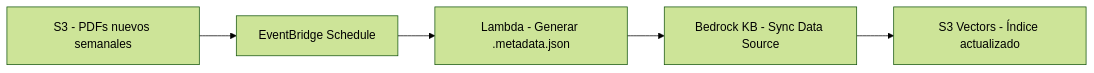
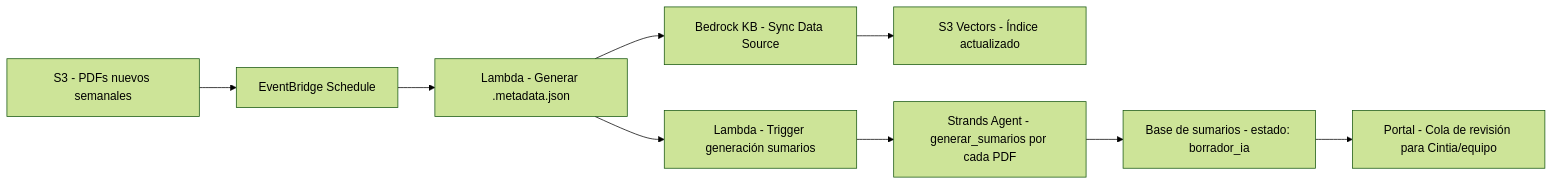
One commit to Poder-Judicial-de-Mendoza/juris-mza changed the second of 5 diagrams in .kiro/specs/jurisprudencia-mendoza-aws/design.md. Above: the diagram before and after it, drawn with Mermaid (forest theme). The commit also changed other lines of this file and 6 other files, not shown here.

````diff
--- a/.kiro/specs/jurisprudencia-mendoza-aws/design.md
+++ b/.kiro/specs/jurisprudencia-mendoza-aws/design.md
@@ -81,7 +82,11 @@
 ```mermaid
 graph LR
     S3_NEW[S3 - PDFs nuevos semanales] --> EVENT[EventBridge Schedule]
     EVENT --> LAMBDA_META[Lambda - Generar .metadata.json]
     LAMBDA_META --> KB_SYNC[Bedrock KB - Sync Data Source]
     KB_SYNC --> S3V[S3 Vectors - Índice actualizado]
+    LAMBDA_META --> LAMBDA_SUM[Lambda - Trigger generación sumarios]
+    LAMBDA_SUM --> STRANDS_BATCH[Strands Agent - generar_sumarios por cada PDF]
+    STRANDS_BATCH --> DB_SUM[Base de sumarios - estado: borrador_ia]
+    DB_SUM --> PORTAL_REV[Portal - Cola de revisión para Cintia/equipo]
 ```
````
